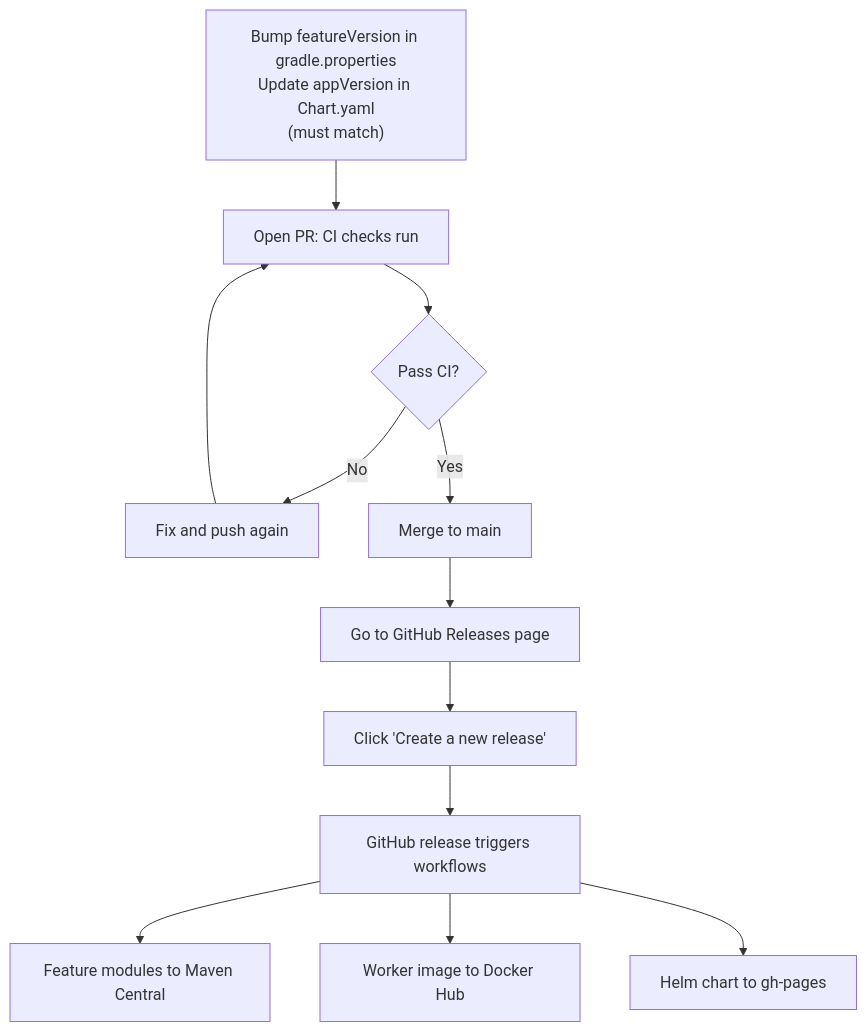
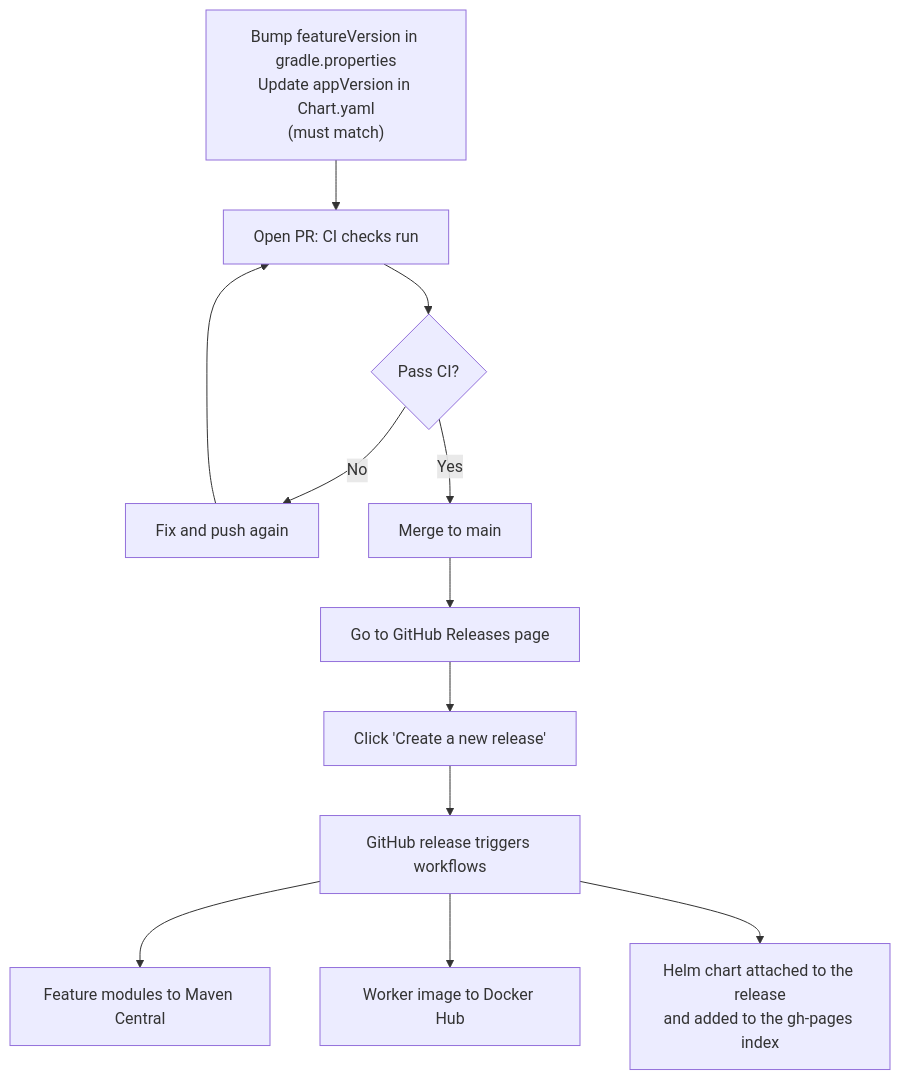
Before and after one commit to projectcontinuum-org/continuum-docs: the diagram in versioned_docs/version-0.0.20/contributing/create-new-nodes/step-6-ship-it.md, drawn with Mermaid. The commit also changed other lines of this file and 20 other files, not shown here.

````diff
--- a/versioned_docs/version-0.0.20/contributing/create-new-nodes/step-6-ship-it.md
+++ b/versioned_docs/version-0.0.20/contributing/create-new-nodes/step-6-ship-it.md
@@ -18,14 +18,14 @@
 ```mermaid
 flowchart TB
     A["Bump featureVersion in gradle.properties<br/>Update appVersion in Chart.yaml<br/>(must match)"] --> B["Open PR: CI checks run"]
     B --> C{Pass CI?}
     C -->|No| D["Fix and push again"]
     D --> B
     C -->|Yes| E["Merge to main"]
     E --> F["Go to GitHub Releases page"]
     F --> G["Click 'Create a new release'"]
     G --> H["GitHub release triggers workflows"]
     H --> I["Feature modules to Maven Central"]
     H --> J["Worker image to Docker Hub"]
-    H --> K["Helm chart to gh-pages"]
+    H --> K["Helm chart attached to the release<br/>and added to the gh-pages index"]
 ```
````
